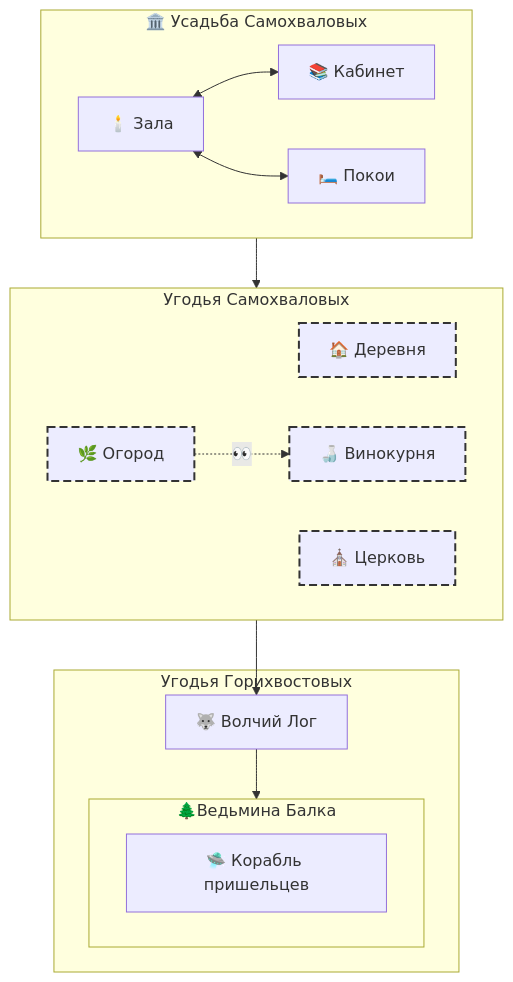
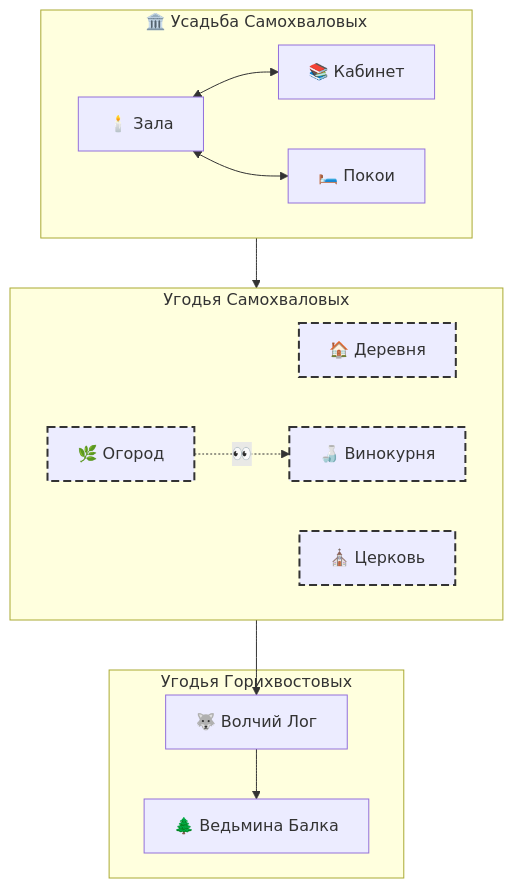
The diagram in схема_полигона.md (Yuhmik/formula_kontakta), drawn with Mermaid before and after one commit. The commit also changed 10 other files, not shown here.

````diff
--- a/схема_полигона.md
+++ b/схема_полигона.md
@@ -3,36 +3,34 @@
 ```mermaid
 flowchart
     classDef dashBorder stroke:#333,stroke-width:2px,stroke-dasharray: 8 4
 
     subgraph Усадьба["🏛️ Усадьба Самохваловых"]
         Кабинет["📚 Кабинет"]
         Зала["🕯️ Зала"]
         Покои["🛏️ Покои"]
     end
 
     subgraph Хозяйство["Угодья Самохваловых"]
         Деревня["🏠 Деревня"]
         Церковь["⛪ Церковь"]
         Огород["🌿 Огород"]
         Винокурня["🍶 Винокурня"]
 
         class Деревня dashBorder
         class Церковь dashBorder
         class Огород dashBorder
         class Винокурня dashBorder
     end
 
     subgraph Дикие_земли["Угодья Горихвостовых"]
         Волчий_Лог["🐺 Волчий Лог"]
-        subgraph Ведьмина_Балка["🌲Ведьмина Балка"]
-            Корабль["🛸 Корабль пришельцев"]
-        end
+        Ведьмина_Балка["🌲 Ведьмина Балка"]
     end
 
     Зала <--> Кабинет
     Зала <--> Покои
     Усадьба --> Хозяйство
     Огород -.👀.-> Винокурня
     Хозяйство --> Волчий_Лог
     Волчий_Лог --> Ведьмина_Балка
 ```
````
